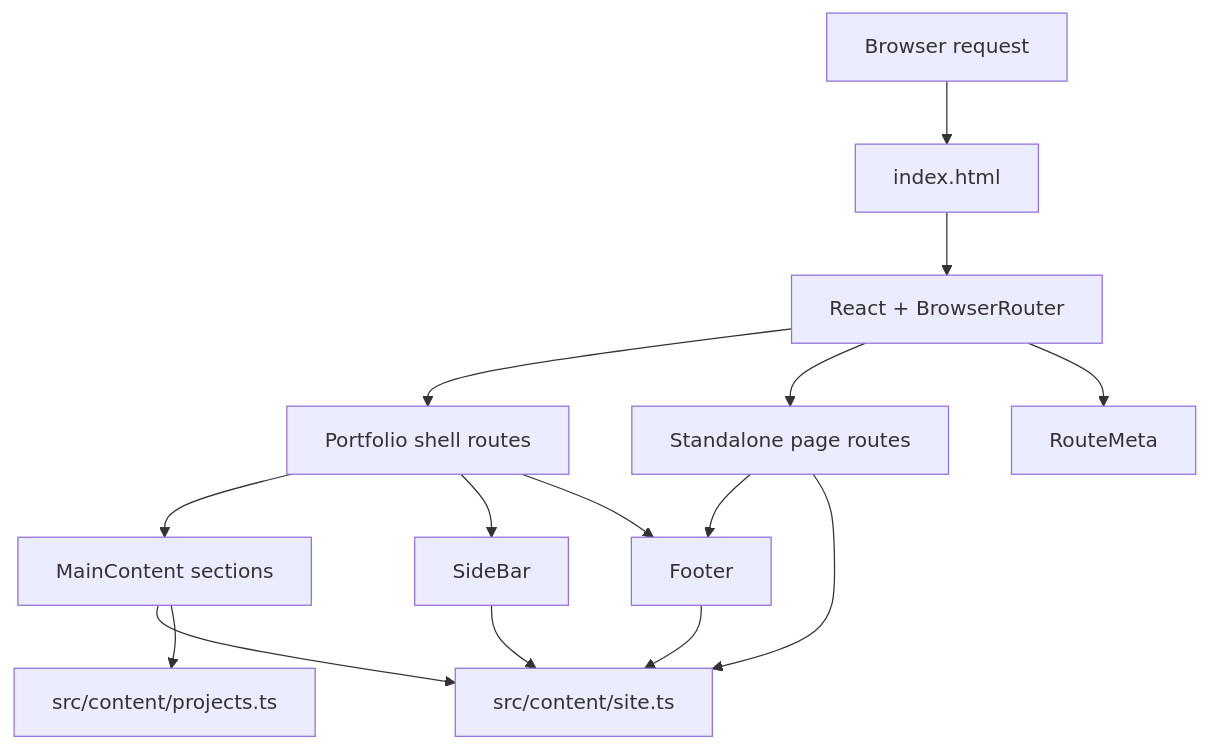
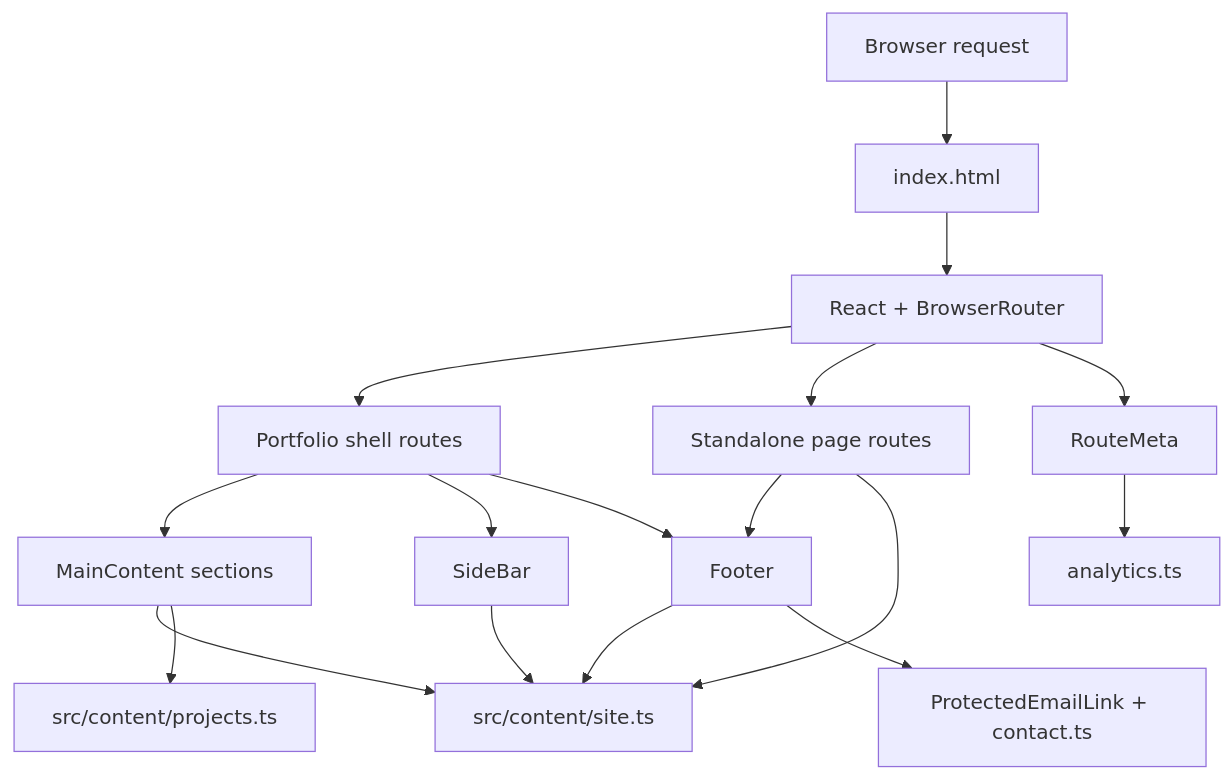
Before and after one commit to WenziLikes/Portfolio: the diagram in docs/architecture.md, drawn with Mermaid. The commit also changed other lines of this file and 10 other files, not shown here.

````diff
--- a/docs/architecture.md
+++ b/docs/architecture.md
@@ -14,17 +16,19 @@
 ```mermaid
 flowchart TD
     A["Browser request"] --> B["index.html"]
     B --> C["React + BrowserRouter"]
     C --> D["Portfolio shell routes"]
     C --> E["Standalone page routes"]
     D --> F["MainContent sections"]
     D --> G["SideBar"]
     D --> H["Footer"]
     E --> H
     C --> I["RouteMeta"]
     F --> J["src/content/site.ts"]
     F --> K["src/content/projects.ts"]
     G --> J
     H --> J
     E --> J
+    H --> L["ProtectedEmailLink + contact.ts"]
+    I --> M["analytics.ts"]
 ```
````
